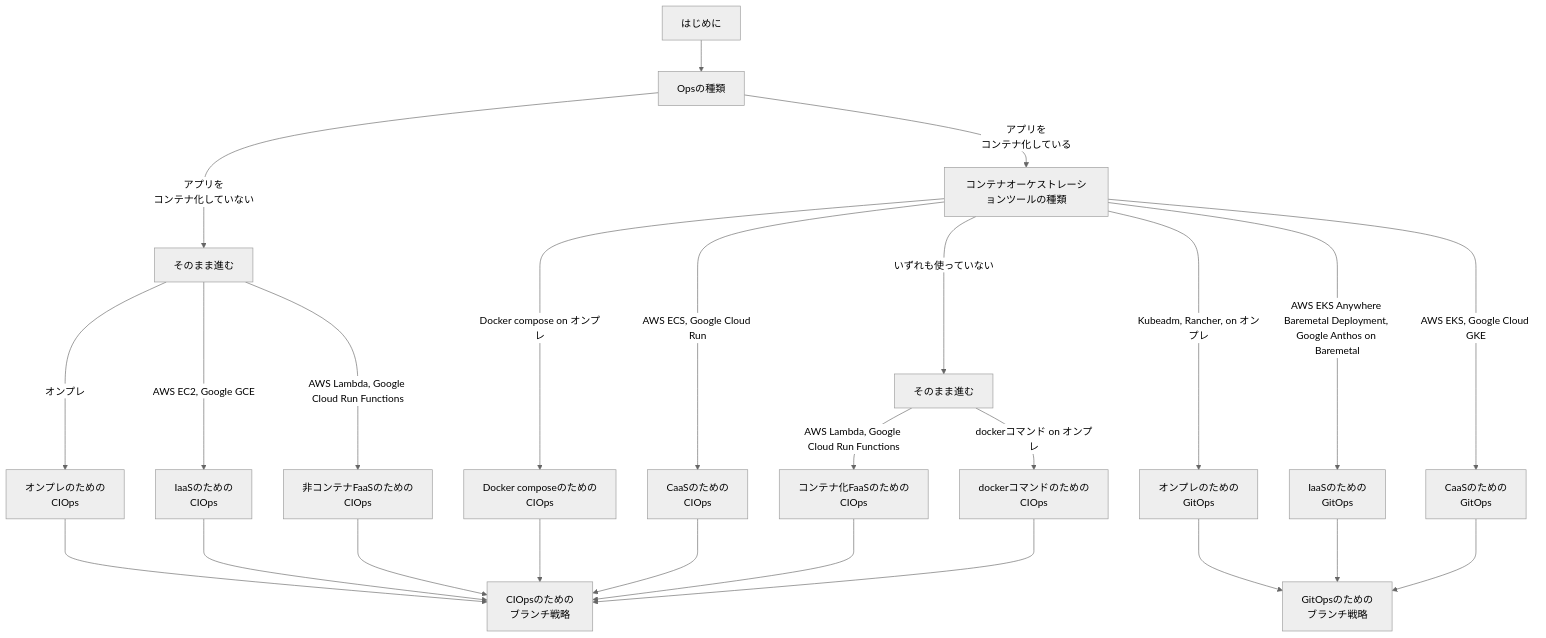
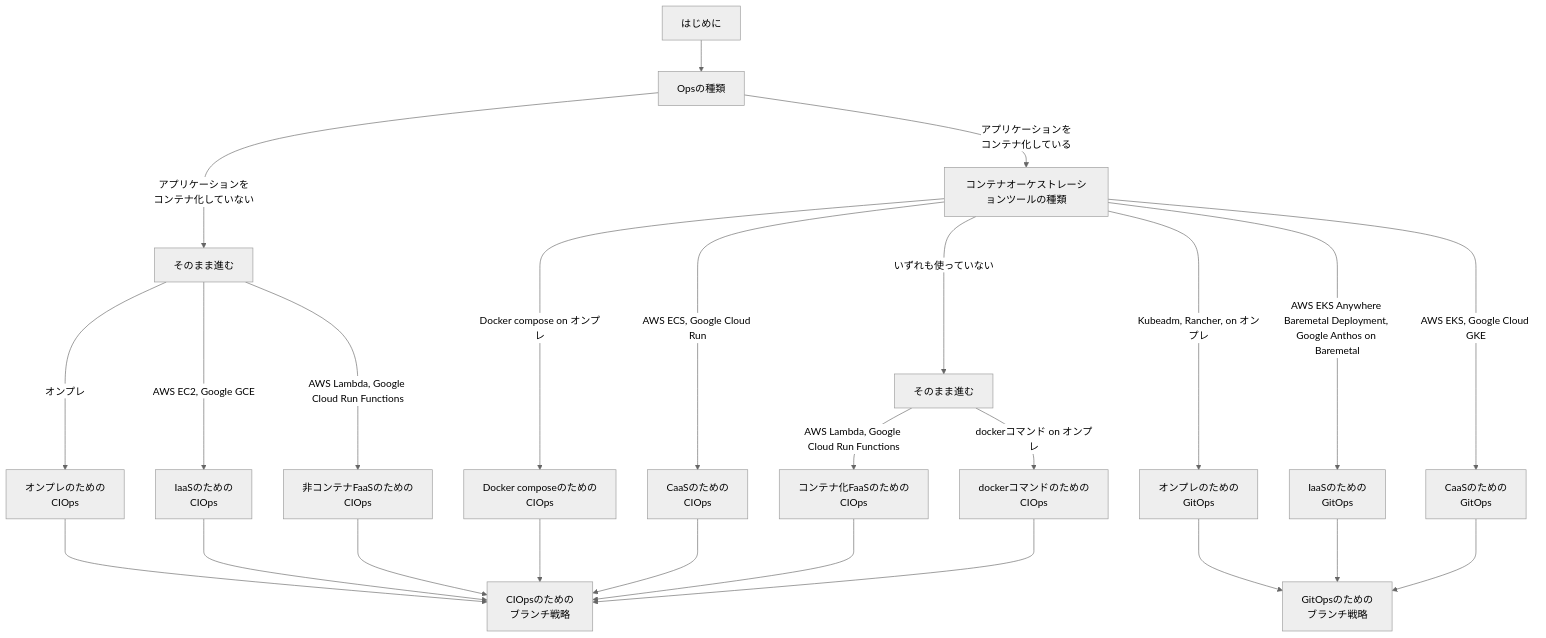
The diagram in docs/devops/devops_cicd.md (hiroki-it/tech-notebook), drawn with Mermaid (neutral theme) before and after one commit. The commit also changed other lines of this file and 52 other files, not shown here.

````diff
--- a/docs/devops/devops_cicd.md
+++ b/docs/devops/devops_cicd.md
@@ -200,41 +200,41 @@
 ```mermaid
 graph TD;
   A[はじめに] --> B[Opsの種類]
 
-  B ---> | アプリを<br>コンテナ化していない | C[そのまま進む]
-  B --> | アプリを<br>コンテナ化している | D[コンテナオーケストレーションツールの種類]
+  B ---> | アプリケーションを<br>コンテナ化していない | C[そのまま進む]
+  B --> | アプリケーションを<br>コンテナ化している | D[コンテナオーケストレーションツールの種類]
 
   C ---> | オンプレ | E[オンプレのための<br>CIOps]
   C ---> | AWS EC2, Google GCE | F["IaaSのための<br>CIOps"]
   C ---> | AWS Lambda, Google Cloud Run Functions | G[非コンテナFaaSのための<br>CIOps]
 
   D ----> | Docker compose on オンプレ | H[Docker composeのための<br>CIOps]
   D ----> | AWS ECS, Google Cloud Run  | I[CaaSのための<br>CIOps]
   D --> | いずれも使っていない | J[そのまま進む]
   D ----> | Kubeadm, Rancher, on オンプレ | K[オンプレのための<br>GitOps]
   D ----> | AWS EKS Anywhere Baremetal Deployment, Google Anthos on Baremetal| L[IaaSのための<br>GitOps]
   D ----> | AWS EKS, Google Cloud GKE | M[CaaSのための<br>GitOps]
 
   J --> | AWS Lambda, Google Cloud Run Functions | N[コンテナ化FaaSのための<br>CIOps]
   J --> | dockerコマンド on オンプレ| O[dockerコマンドのための<br>CIOps]
 
   E ---> P[CIOpsのための<br>ブランチ戦略]
 
   F ---> P
 
   G ---> P
 
   H ---> P
 
   I ---> P
 
   K ---> Q[GitOpsのための<br>ブランチ戦略]
 
   L ---> Q
 
   M ---> Q
 
   N ---> P
 
   O ---> P
 ```
````
